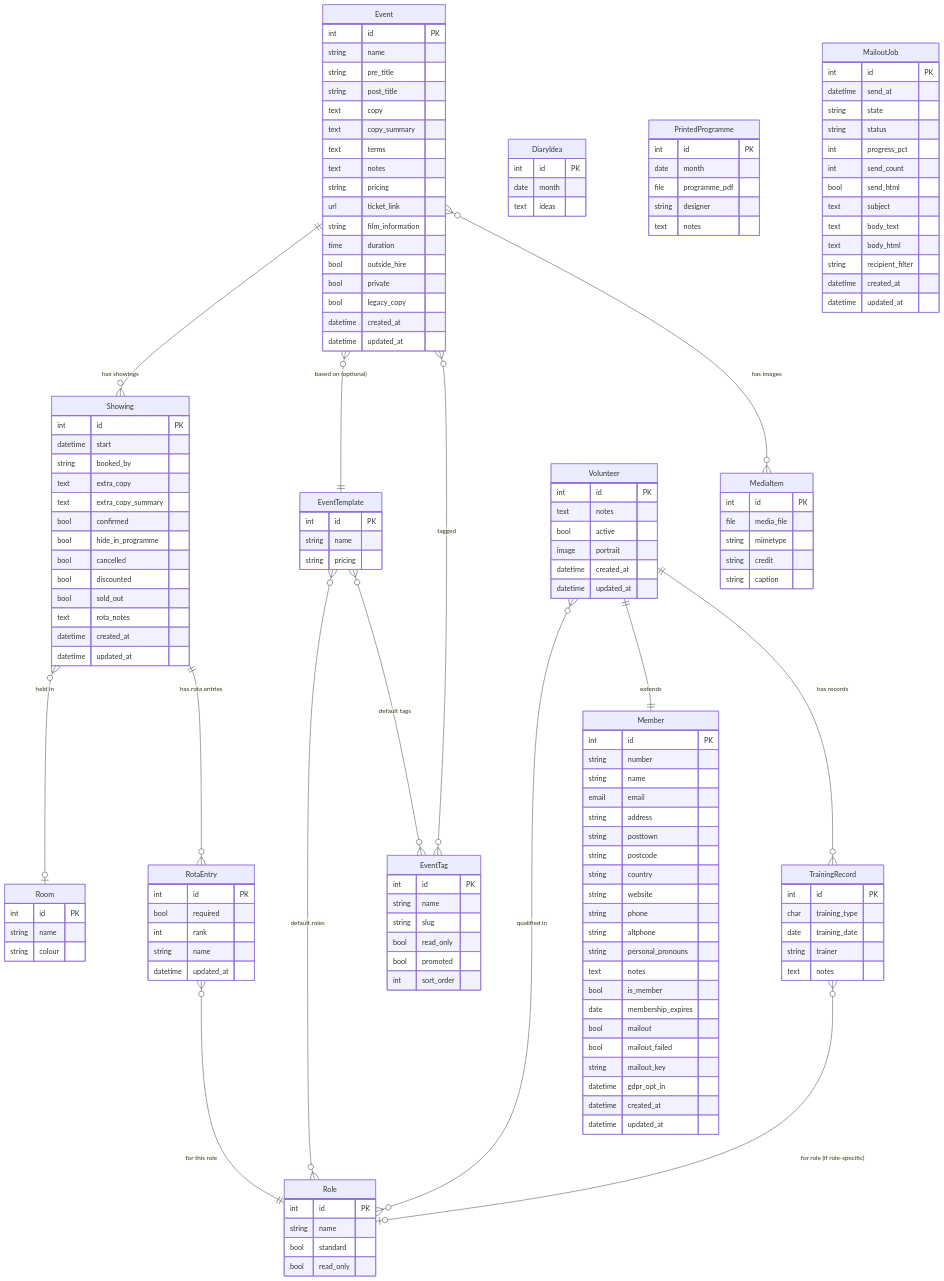
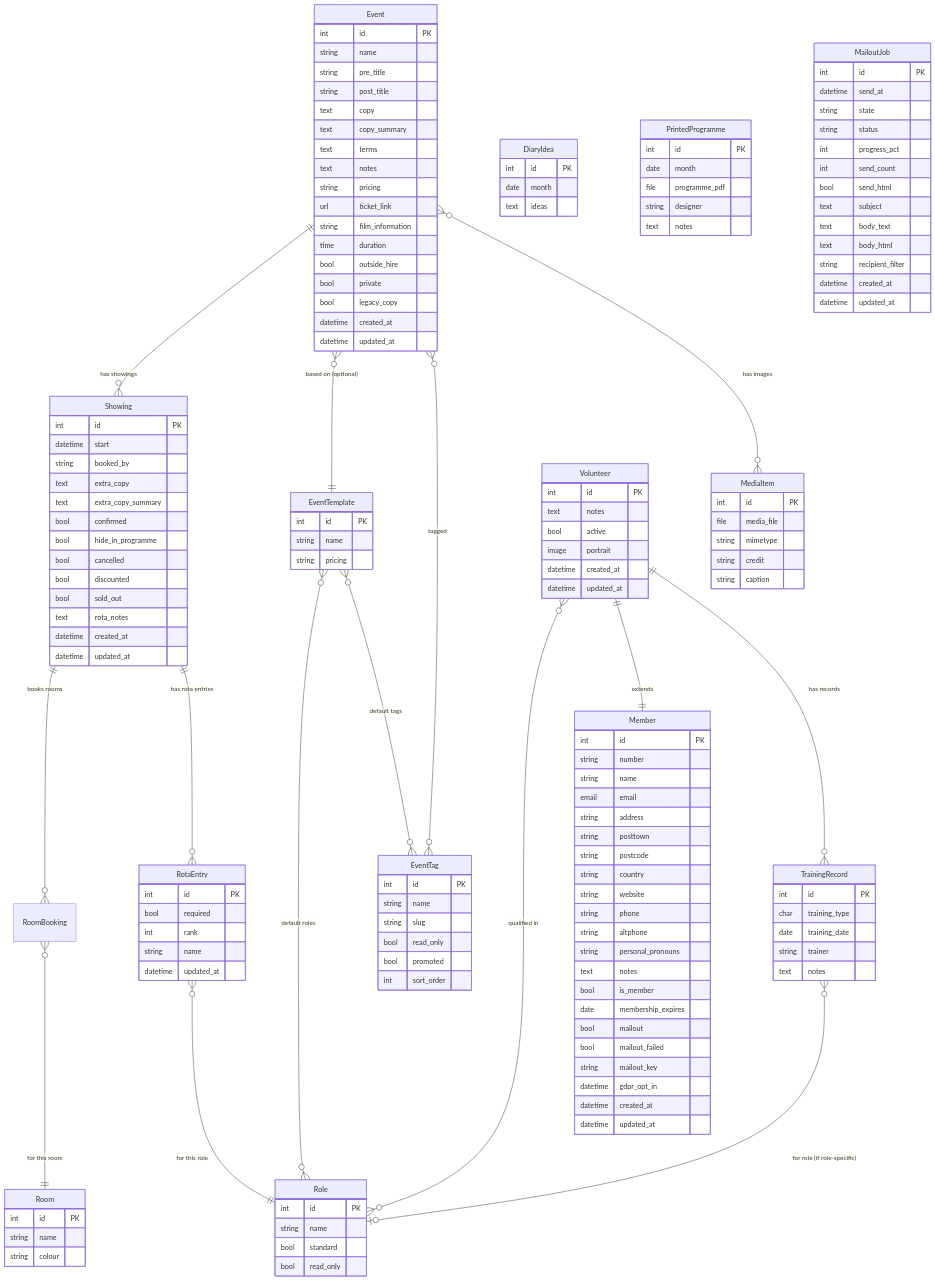
The fifth of 7 diagrams in docs/SPEC.md (jdkram/cubetoolkit), drawn with Mermaid before and after one commit. The commit also changed other lines of this file and 27 other files, not shown here.

First line of the commit message:
feat(diary): multi-room bookings with RoomBooking model and clash detection

```diff
--- a/docs/SPEC.md
+++ b/docs/SPEC.md
@@ -697,7 +697,8 @@
     Event }o--|| EventTemplate : "based on (optional)"
     Event }o--o{ EventTag : "tagged"
     Event }o--o{ MediaItem : "has images"
-    Showing }o--o| Room : "held in"
+    Showing ||--o{ RoomBooking : "books rooms"
+    RoomBooking }o--|| Room : "for this room"
     Showing ||--o{ RotaEntry : "has rota entries"
     RotaEntry }o--|| Role : "for this role"
     Volunteer }o--o{ Role : "qualified in"
```
